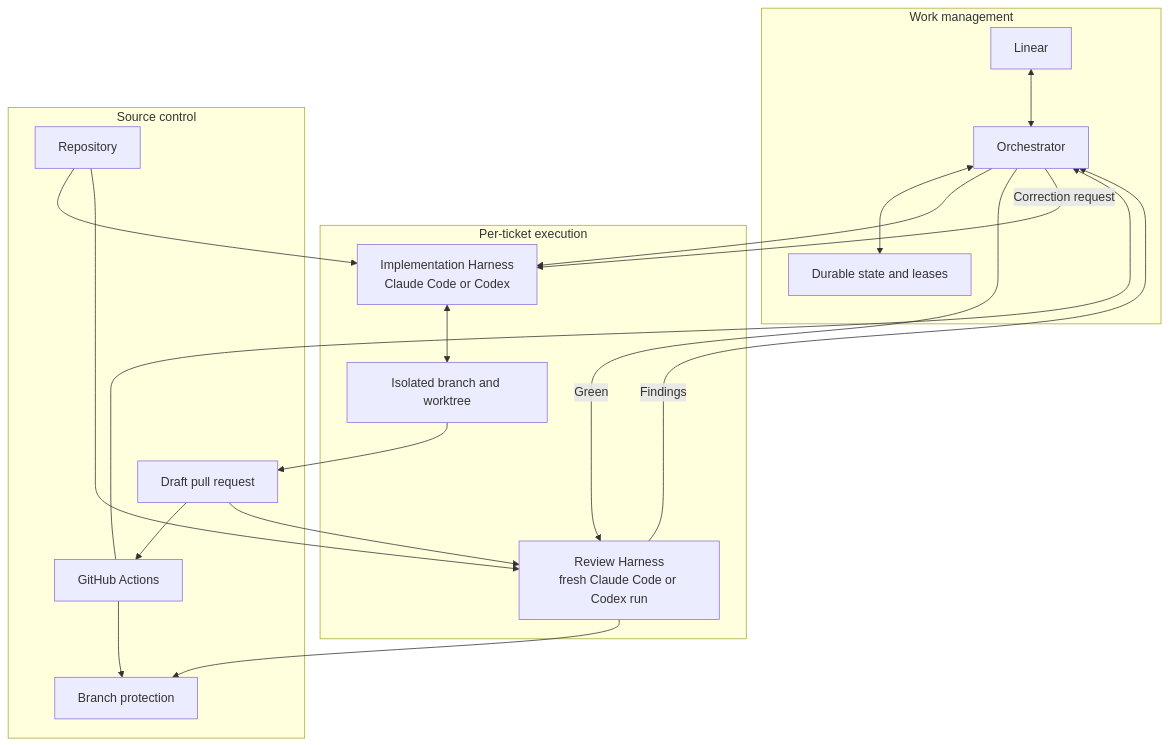
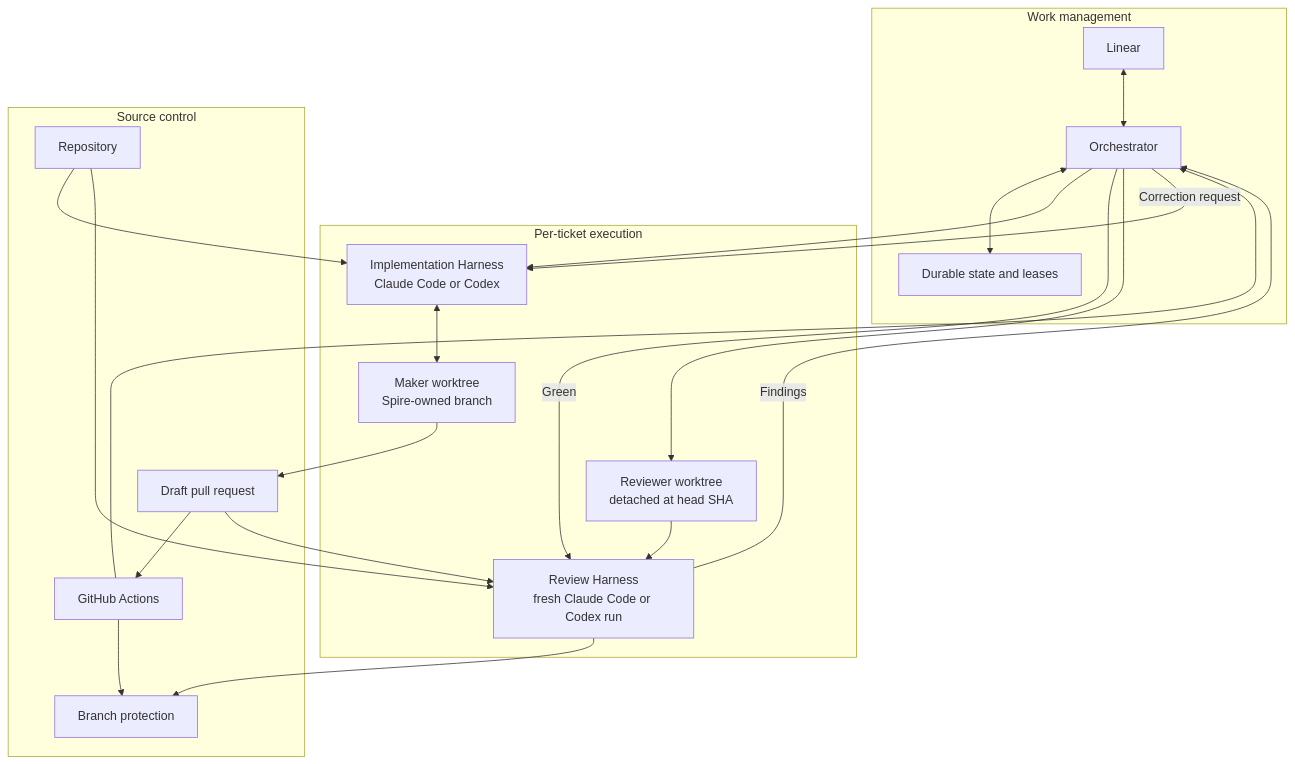
One commit to niparis/spire changed the second of 5 diagrams in docs/ai_harness_architecture.md. Above: the diagram before and after it, drawn with Mermaid. The commit also changed other lines of this file and 11 other files, not shown here.

First line of the commit message:
docs: define worktree-first workspace ownership (#31)

````diff
--- a/docs/ai_harness_architecture.md
+++ b/docs/ai_harness_architecture.md
@@ -88,37 +89,40 @@
 ```mermaid
 flowchart TB
     subgraph WorkManagement["Work management"]
         Linear["Linear"]
         Orchestrator["Orchestrator"]
         Store["Durable state and leases"]
     end
 
     subgraph Execution["Per-ticket execution"]
         Maker["Implementation Harness<br/>Claude Code or Codex"]
         Checker["Review Harness<br/>fresh Claude Code or Codex run"]
-        Workspace["Isolated branch and worktree"]
+        MakerWorkspace["Maker worktree<br/>Spire-owned branch"]
+        ReviewWorkspace["Reviewer worktree<br/>detached at head SHA"]
     end
 
     subgraph SourceControl["Source control"]
         Repository["Repository"]
         PullRequest["Draft pull request"]
         Actions["GitHub Actions"]
         Protection["Branch protection"]
     end
 
     Linear <--> Orchestrator
     Orchestrator <--> Store
     Orchestrator --> Maker
     Repository --> Maker
-    Maker <--> Workspace
-    Workspace --> PullRequest
+    Maker <--> MakerWorkspace
+    MakerWorkspace --> PullRequest
     PullRequest --> Actions
     Actions --> Orchestrator
     Orchestrator -->|"Green"| Checker
+    Orchestrator --> ReviewWorkspace
+    ReviewWorkspace --> Checker
     Repository --> Checker
     PullRequest --> Checker
     Checker -->|"Findings"| Orchestrator
     Orchestrator -->|"Correction request"| Maker
     Actions --> Protection
     Checker --> Protection
 ```
````
